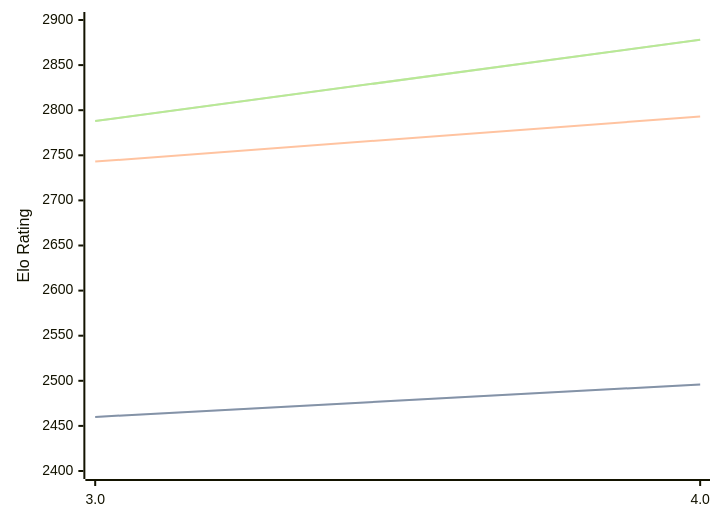
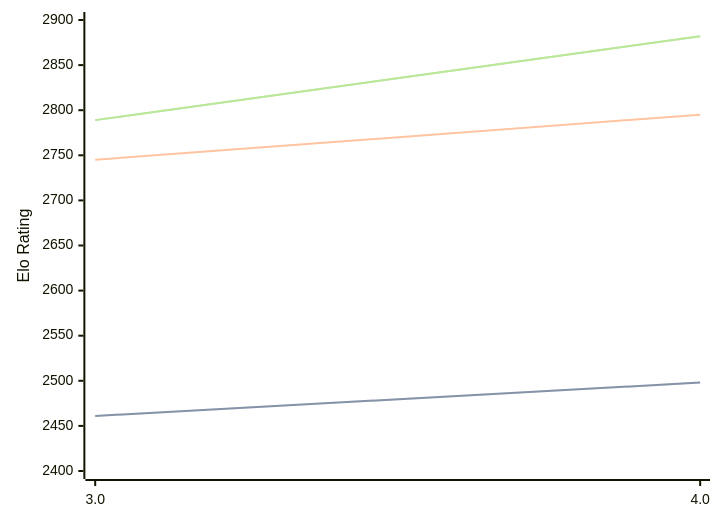
Before and after one commit to computer-chess-index/cci: the first of 3 diagrams in engines/Chess3.md, drawn with Mermaid. The commit also changed other lines of this file, not shown here.

Commit message:
Update CCI Ratings (ELO VLTC) - 2026-06-30

````diff
--- a/engines/Chess3.md
+++ b/engines/Chess3.md
@@ -34,11 +34,11 @@
 ```mermaid
 %%{init: {"theme":"base","themeVariables":{"seriesColors:['#a3a3a3','#222221','#faa371']}}}%%
 xychart-beta
   x-axis ["3.0", "4.0"]
   y-axis "Elo Rating" 2400 --> 2900
-  line "STC (8.0+0.08s)" [2460, 2496]
-  line "STC (8.0+0.08s)" [2460, 2496]
-  line "LTC (60.0+0.60s)" [2743, 2793]
-  line "VLTC (2m24s+1.12s)" [2788, 2878]
-  line "VLTC (2m24s+1.12s)" [2788, 2878]
+  line "STC (8.0+0.08s)" [2461, 2498]
+  line "STC (8.0+0.08s)" [2461, 2498]
+  line "LTC (60.0+0.60s)" [2745, 2795]
+  line "VLTC (2m24s+1.12s)" [2789, 2882]
+  line "VLTC (2m24s+1.12s)" [2789, 2882]
 ```
````
